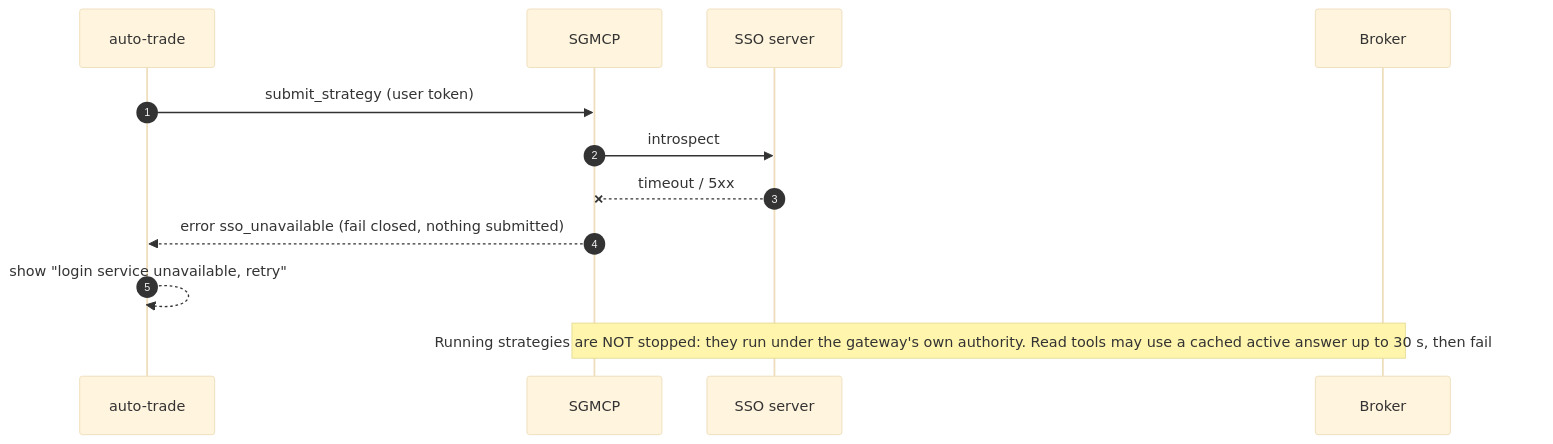
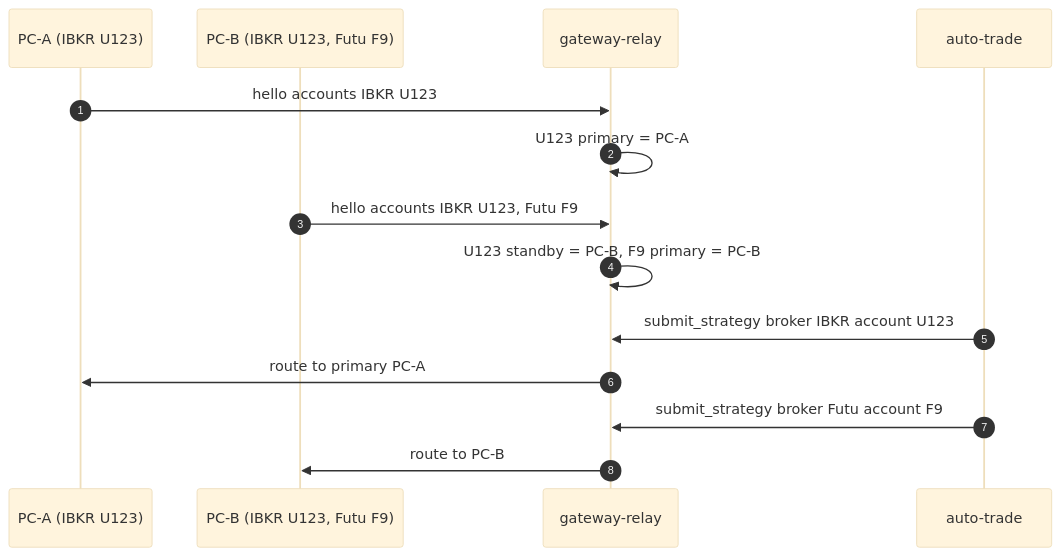
Before and after one commit to Neural-Matrix-LLC/SSO-server: the eighth of 16 diagrams in docs/ECOSYSTEM-INTEGRATION.md, drawn with Mermaid (base theme). The commit also changed other lines of this file and 4 other files, not shown here.

````diff
--- a/docs/ECOSYSTEM-INTEGRATION.md
+++ b/docs/ECOSYSTEM-INTEGRATION.md
@@ -369,14 +446,16 @@
 ```mermaid
 sequenceDiagram
   autonumber
+  participant A as PC-A (IBKR U123)
+  participant B as PC-B (IBKR U123, Futu F9)
+  participant RL as gateway-relay
   participant AT as auto-trade
-  participant GW as SGMCP
-  participant SSO as SSO server
-  participant BR as Broker
-  AT->>GW: submit_strategy (user token)
-  GW->>SSO: introspect
-  SSO--xGW: timeout / 5xx
-  GW-->>AT: error sso_unavailable (fail closed, nothing submitted)
-  AT-->>AT: show "login service unavailable, retry"
-  Note over GW,BR: Running strategies are NOT stopped: they run under the gateway's own authority. Read tools may use a cached active answer up to 30 s, then fail closed
+  A->>RL: hello accounts IBKR U123
+  RL->>RL: U123 primary = PC-A
+  B->>RL: hello accounts IBKR U123, Futu F9
+  RL->>RL: U123 standby = PC-B, F9 primary = PC-B
+  AT->>RL: submit_strategy broker IBKR account U123
+  RL->>A: route to primary PC-A
+  AT->>RL: submit_strategy broker Futu account F9
+  RL->>B: route to PC-B
 ```
````
